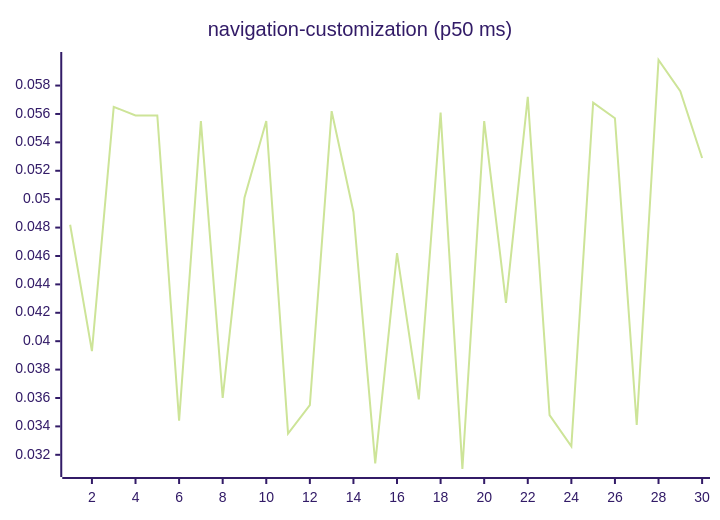
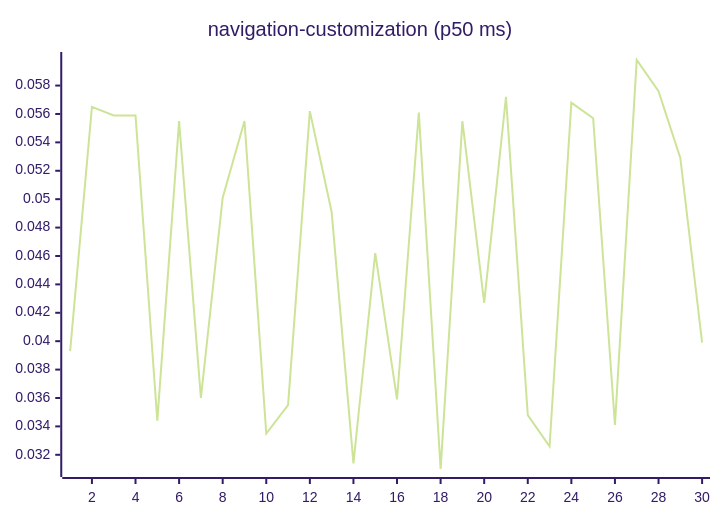
Before and after one commit to josha/Facet: diagram 15 of 27 in README.md, drawn with Mermaid (forest theme). The commit also changed other lines of this file and 2 other files, not shown here.

````diff
--- a/README.md
+++ b/README.md
@@ -161,6 +161,6 @@
 ```mermaid
 xychart-beta
     title "navigation-customization (p50 ms)"
     x-axis 1 --> 30
-    line [0.0482, 0.0393, 0.0565, 0.0559, 0.0559, 0.0344, 0.0555, 0.0360, 0.0501, 0.0555, 0.0335, 0.0355, 0.0562, 0.0491, 0.0314, 0.0462, 0.0359, 0.0561, 0.0310, 0.0555, 0.0427, 0.0572, 0.0348, 0.0326, 0.0568, 0.0557, 0.0341, 0.0598, 0.0576, 0.0529]
+    line [0.0393, 0.0565, 0.0559, 0.0559, 0.0344, 0.0555, 0.0360, 0.0501, 0.0555, 0.0335, 0.0355, 0.0562, 0.0491, 0.0314, 0.0462, 0.0359, 0.0561, 0.0310, 0.0555, 0.0427, 0.0572, 0.0348, 0.0326, 0.0568, 0.0557, 0.0341, 0.0598, 0.0576, 0.0529, 0.0399]
 ```
````
